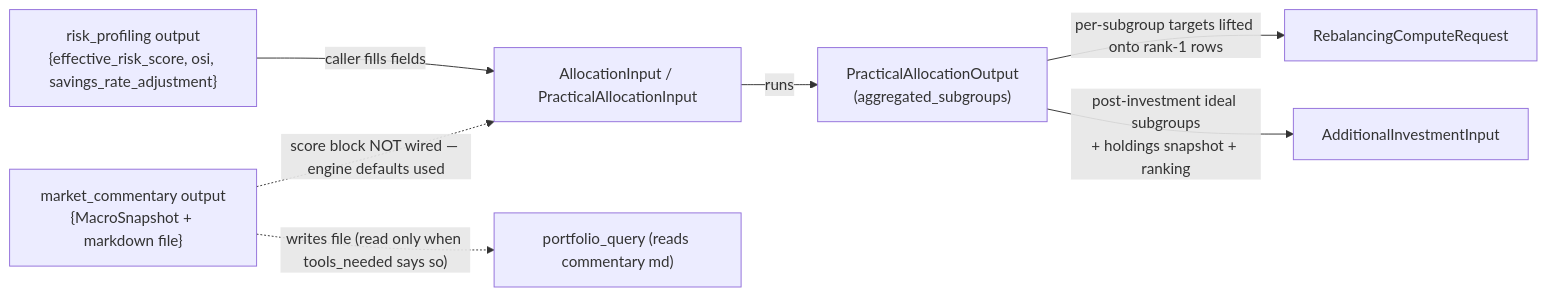
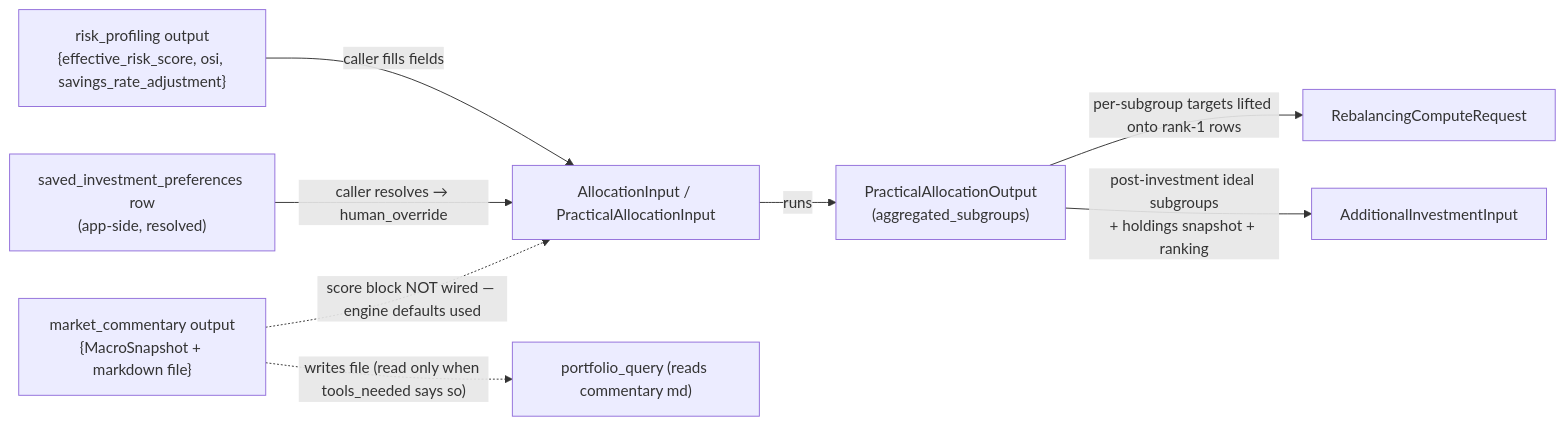
One commit to tilly5317-lab/Prozpr_Backend changed the third of 3 diagrams in AI_Agents/Reference_docs/Tech_reference_docs/ARCHITECTURE.md. Above: the diagram before and after it, drawn with Mermaid. The commit also changed other lines of this file and 34 other files, not shown here.

````diff
--- a/AI_Agents/Reference_docs/Tech_reference_docs/ARCHITECTURE.md
+++ b/AI_Agents/Reference_docs/Tech_reference_docs/ARCHITECTURE.md
@@ -453,17 +465,19 @@
 ```mermaid
 flowchart LR
     RP_out["risk_profiling output<br/>{effective_risk_score, osi, savings_rate_adjustment}"]
     MC_out["market_commentary output<br/>{MacroSnapshot + markdown file}"]
     AA_in["AllocationInput / PracticalAllocationInput"]
     PA_out["PracticalAllocationOutput<br/>(aggregated_subgroups)"]
     RB_in["RebalancingComputeRequest"]
     AINV_in["AdditionalInvestmentInput"]
     PQ_in["portfolio_query (reads commentary md)"]
+    PREF["saved_investment_preferences row<br/>(app-side, resolved)"]
 
     RP_out -->|"caller fills fields"| AA_in
+    PREF -->|"caller resolves → human_override"| AA_in
     MC_out -.->|"score block NOT wired — engine defaults used"| AA_in
     MC_out -.->|"writes file (read only when tools_needed says so)"| PQ_in
     AA_in -->|"runs"| PA_out
     PA_out -->|"per-subgroup targets lifted onto rank-1 rows"| RB_in
     PA_out -->|"post-investment ideal subgroups<br/>+ holdings snapshot + ranking"| AINV_in
 ```
````
